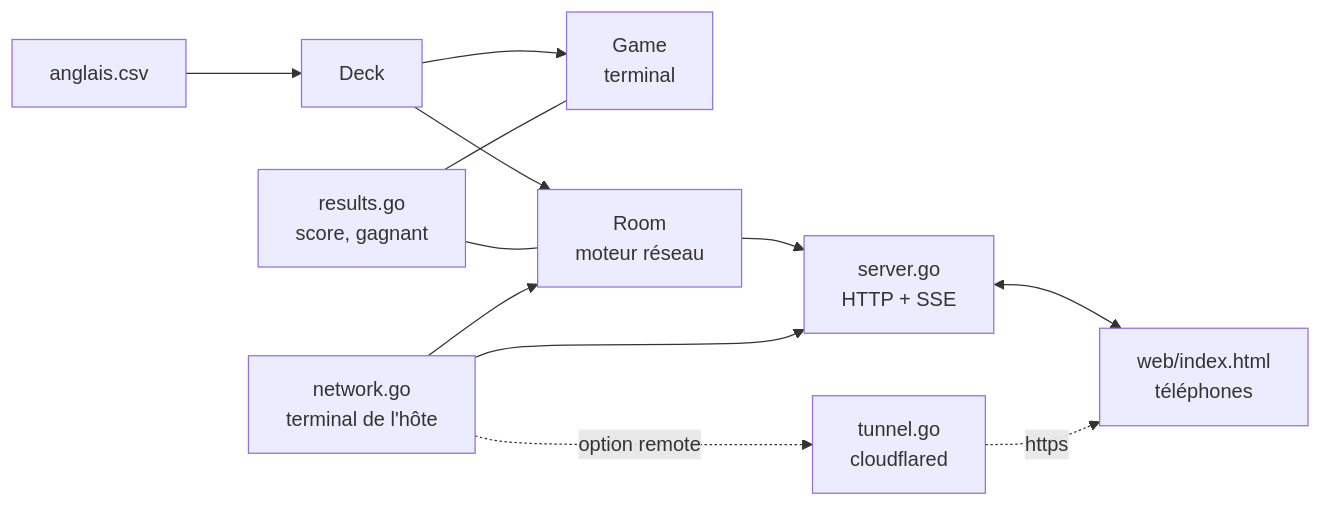
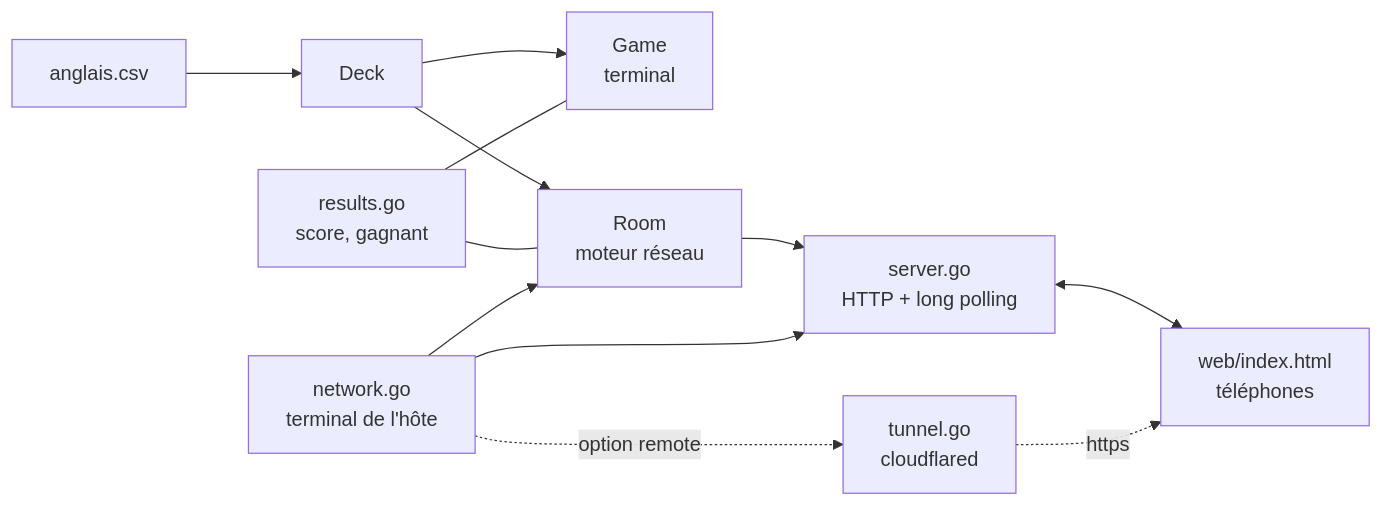
One commit to sebastienD/ask-me changed the first of 3 diagrams in docs/ARCHITECTURE.md. Above: the diagram before and after it, drawn with Mermaid. The commit also changed other lines of this file and 6 other files, not shown here.

First line of the commit message:
🐛 send game state by long polling so remote games work

````diff
--- a/docs/ARCHITECTURE.md
+++ b/docs/ARCHITECTURE.md
@@ -13,14 +13,14 @@
 ```mermaid
 flowchart LR
     CSV[anglais.csv] --> Deck
     Deck --> Game[Game<br/>terminal]
     Deck --> Room[Room<br/>moteur réseau]
     Results[results.go<br/>score, gagnant] --- Game
     Results --- Room
-    Room --> Server[server.go<br/>HTTP + SSE]
+    Room --> Server[server.go<br/>HTTP + long polling]
     Server <--> Phones[web/index.html<br/>téléphones]
     Network[network.go<br/>terminal de l'hôte] --> Room
     Network --> Server
     Network -. option remote .-> Tunnel[tunnel.go<br/>cloudflared]
     Tunnel -. https .-> Phones
 ```
````
